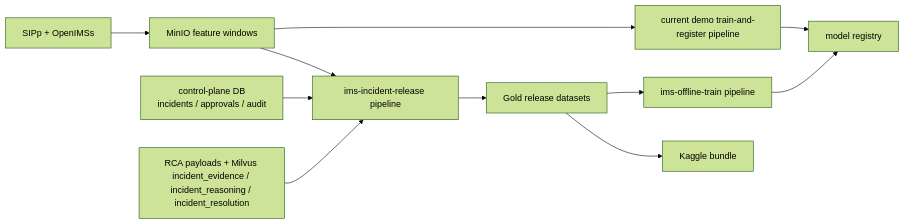
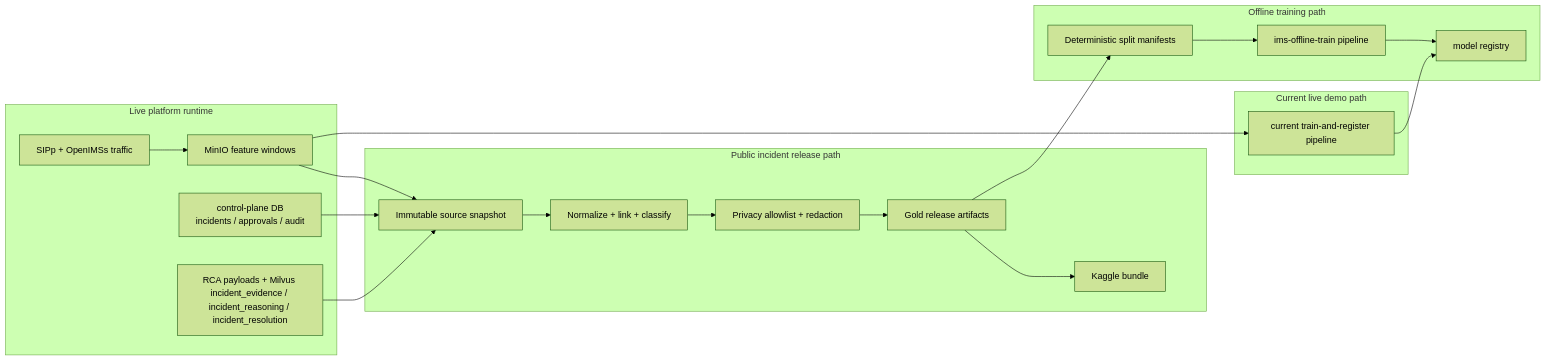
Before and after one commit to rh-telco-tigers/Autonomous-Network-Intelligence-Anomaly-Detection-with-Red-Hat-OpenShift-AI: the first of 2 diagrams in docs/architecture/data-generation.md, drawn with Mermaid (forest theme). The commit also changed other lines of this file, not shown here.

````diff
--- a/docs/architecture/data-generation.md
+++ b/docs/architecture/data-generation.md
@@ -44,26 +58,34 @@
 ```mermaid
 flowchart LR
-  SIPP["SIPp + OpenIMSs"]
-  MinIO["MinIO feature windows"]
-  CPDB["control-plane DB<br/>incidents / approvals / audit"]
-  RCA["RCA payloads + Milvus incident_evidence / incident_reasoning / incident_resolution"]
-  Release["ims-incident-release pipeline"]
-  Gold["Gold release datasets"]
-  Kaggle["Kaggle bundle"]
-  Offline["ims-offline-train pipeline"]
-  Registry["model registry"]
-  Demo["current demo train-and-register pipeline"]
+  subgraph Runtime["Live platform runtime"]
+    SIPP["SIPp + OpenIMSs traffic"]
+    MinIO["MinIO feature windows"]
+    CPDB["control-plane DB<br/>incidents / approvals / audit"]
+    RCA["RCA payloads + Milvus incident_evidence / incident_reasoning / incident_resolution"]
+    SIPP --> MinIO
+  end
 
-  SIPP --> MinIO
-  MinIO --> Release
-  CPDB --> Release
-  RCA --> Release
+  subgraph Release["Public incident release path"]
+    Snapshot["Immutable source snapshot"]
+    Normalize["Normalize + link + classify"]
+    Privacy["Privacy allowlist + redaction"]
+    Gold["Gold release artifacts"]
+    Kaggle["Kaggle bundle"]
+    MinIO --> Snapshot
+    CPDB --> Snapshot
+    RCA --> Snapshot
+    Snapshot --> Normalize --> Privacy --> Gold --> Kaggle
+  end
 
-  Release --> Gold
-  Gold --> Kaggle
-  Gold --> Offline
-  Offline --> Registry
+  subgraph Offline["Offline training path"]
+    Splits["Deterministic split manifests"]
+    Train["ims-offline-train pipeline"]
+    Registry["model registry"]
+    Gold --> Splits --> Train --> Registry
+  end
 
-  MinIO --> Demo
-  Demo --> Registry
+  subgraph Demo["Current live demo path"]
+    LiveTrain["current train-and-register pipeline"]
+    MinIO --> LiveTrain --> Registry
+  end
 ```
````
